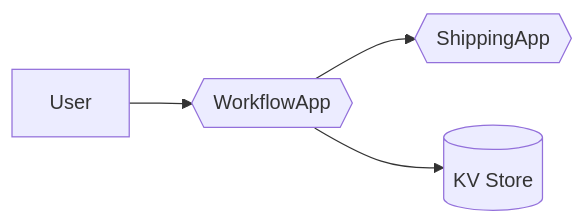
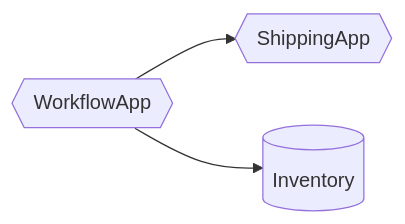
Before and after one commit to diagrid-labs/dapr-resiliency-and-durable-execution: the third of 4 diagrams in README.md, drawn with Mermaid. The commit also changed other lines of this file, not shown here.

Commit message:
Update CodeTour Description

````diff
--- a/README.md
+++ b/README.md
@@ -101,10 +101,8 @@
 ```mermaid
 graph LR
-    U[User]
-    KV[(KV Store)]
+    KV[(Inventory)]
     WApp{{WorkflowApp}}
     SApp{{ShippingApp}}
-    U --> WApp
     WApp --> SApp
     WApp --> KV
 ```
````
